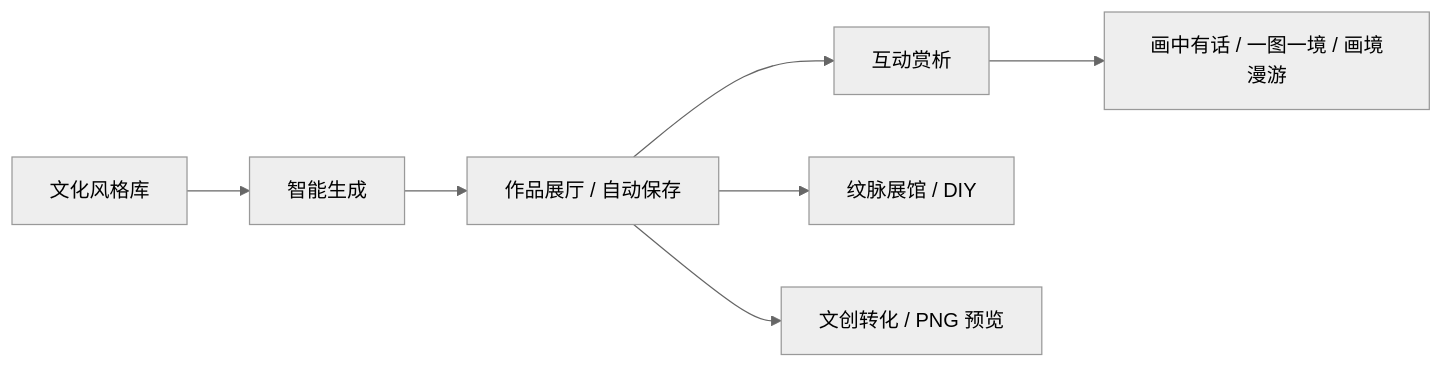
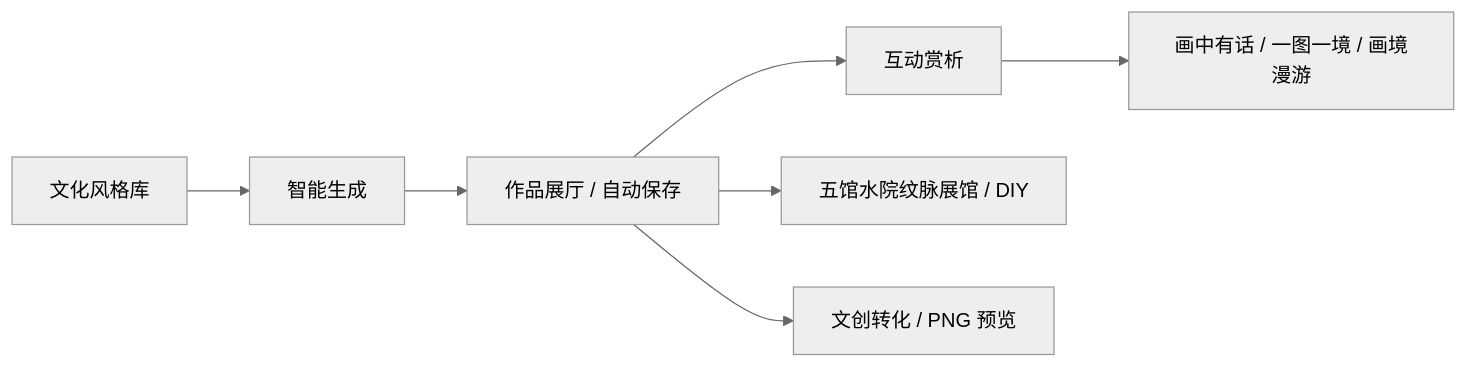
One commit to 3331083641-prog/wenmai-huazhang changed the first of 2 diagrams in README.md. Above: the diagram before and after it, drawn with Mermaid (neutral theme). The commit also changed other lines of this file and 32 other files, not shown here.

````diff
--- a/README.md
+++ b/README.md
@@ -23,9 +23,9 @@
 ```mermaid
 flowchart LR
   A[文化风格库] --> B[智能生成]
   B --> C[作品展厅 / 自动保存]
   C --> D[互动赏析]
   D --> H[画中有话 / 一图一境 / 画境漫游]
-  C --> E[纹脉展馆 / DIY]
+  C --> E[五馆水院纹脉展馆 / DIY]
   C --> F[文创转化 / PNG 预览]
 ```
````
